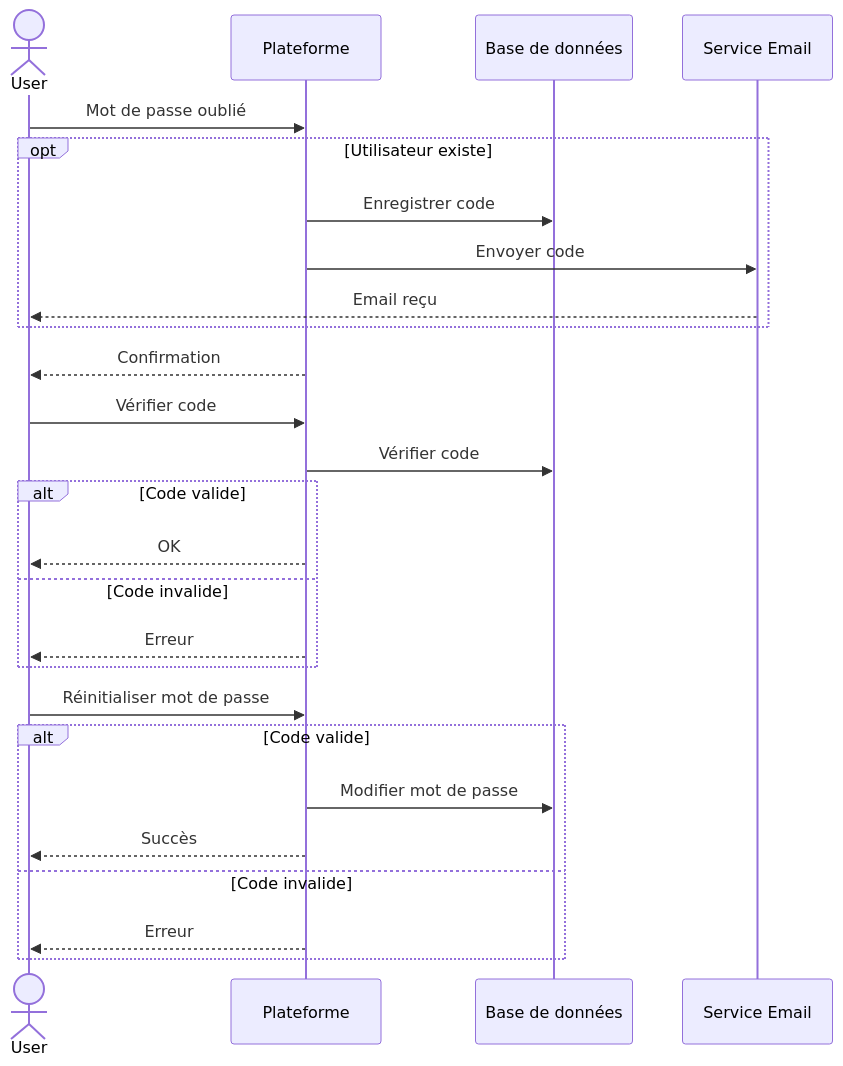
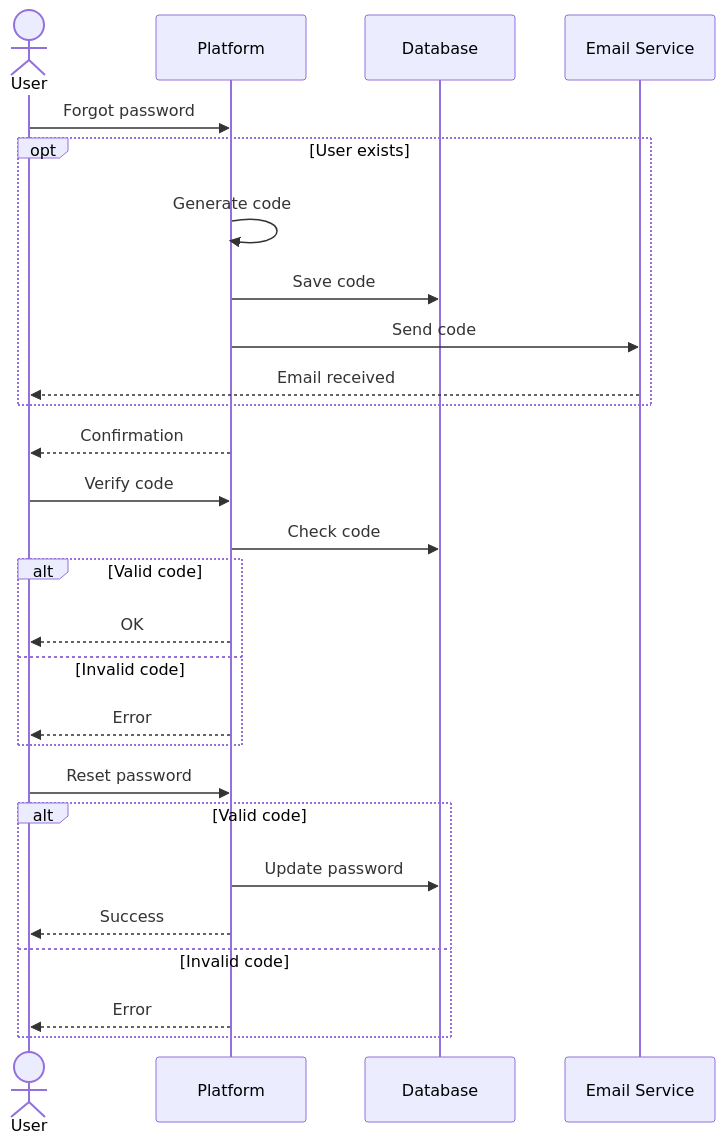
Before and after one commit to MohamedChebbi123/teamnest: the third of 16 diagrams in docs/SEQUENCE_DIAGRAMS.md, drawn with Mermaid. The commit also changed other lines of this file, not shown here.

````diff
--- a/docs/SEQUENCE_DIAGRAMS.md
+++ b/docs/SEQUENCE_DIAGRAMS.md
@@ -95,31 +97,32 @@
 ```mermaid
 sequenceDiagram
     actor User
-    participant API as Plateforme
-    participant DB as Base de données
-    participant Mail as Service Email
+    participant API as Platform
+    participant DB as Database
+    participant Mail as Email Service
 
-    User->>API: Mot de passe oublié
-    opt Utilisateur existe
-        API->>DB: Enregistrer code
-        API->>Mail: Envoyer code
-        Mail-->>User: Email reçu
+    User->>API: Forgot password
+    opt User exists
+        API->>API: Generate code
+        API->>DB: Save code
+        API->>Mail: Send code
+        Mail-->>User: Email received
     end
     API-->>User: Confirmation
 
-    User->>API: Vérifier code
-    API->>DB: Vérifier code
-    alt Code valide
+    User->>API: Verify code
+    API->>DB: Check code
+    alt Valid code
         API-->>User: OK
-    else Code invalide
-        API-->>User: Erreur
+    else Invalid code
+        API-->>User: Error
     end
 
-    User->>API: Réinitialiser mot de passe
-    alt Code valide
-        API->>DB: Modifier mot de passe
-        API-->>User: Succès
-    else Code invalide
-        API-->>User: Erreur
+    User->>API: Reset password
+    alt Valid code
+        API->>DB: Update password
+        API-->>User: Success
+    else Invalid code
+        API-->>User: Error
     end
 ```
````
